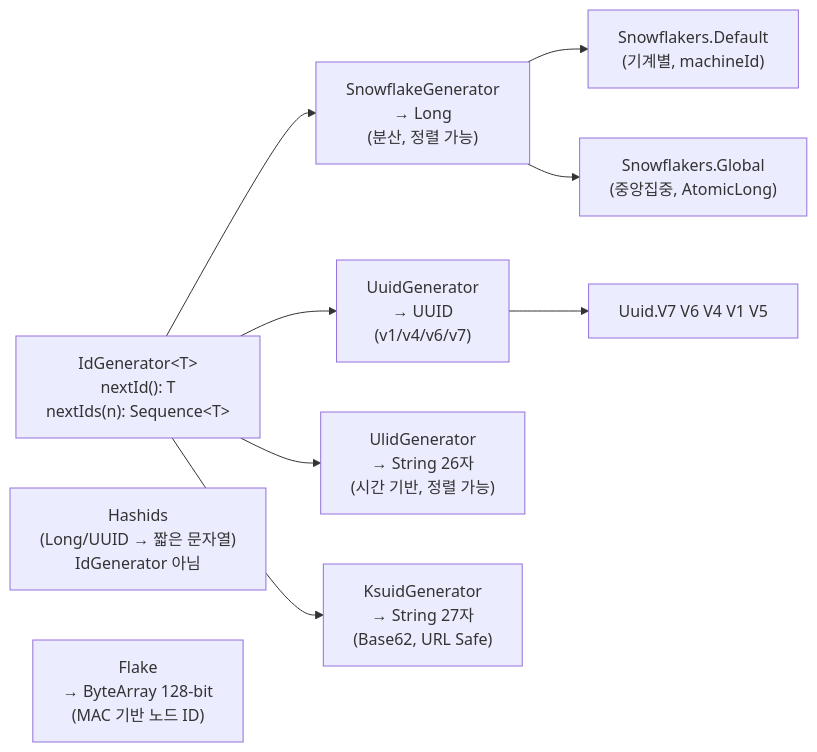
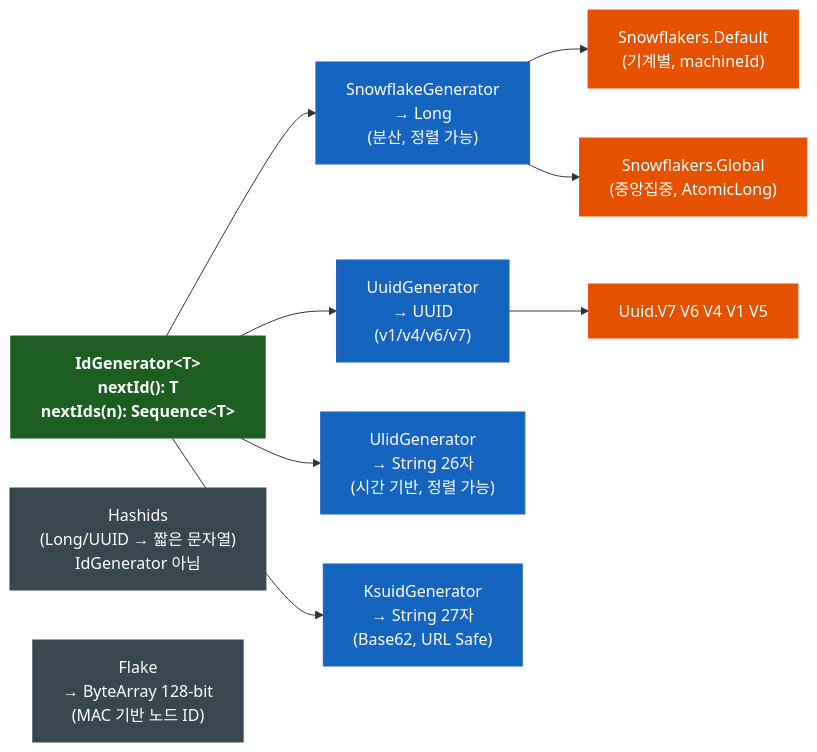
One commit to bluetape4k/bluetape4k-projects changed the first of 5 diagrams in utils/idgenerators/README.ko.md. Above: the diagram before and after it, drawn with Mermaid. The commit also changed other lines of this file and 221 other files, not shown here.

First line of the commit message:
docs: 전체 모듈 README UML 다이어그램 보강 및 색상 업그레이드

````diff
--- a/utils/idgenerators/README.ko.md
+++ b/utils/idgenerators/README.ko.md
@@ -28,17 +28,30 @@
 ```mermaid
 flowchart LR
     IG["IdGenerator&lt;T&gt;\nnextId(): T\nnextIds(n): Sequence&lt;T&gt;"]
 
     IG --> SG["SnowflakeGenerator\n→ Long\n(분산, 정렬 가능)"]
     IG --> UG["UuidGenerator\n→ UUID\n(v1/v4/v6/v7)"]
     IG --> ULG["UlidGenerator\n→ String 26자\n(시간 기반, 정렬 가능)"]
     IG --> KG["KsuidGenerator\n→ String 27자\n(Base62, URL Safe)"]
 
     SG --> SF["Snowflakers.Default\n(기계별, machineId)"]
     SG --> GF["Snowflakers.Global\n(중앙집중, AtomicLong)"]
 
     UG --> UV["Uuid.V7  V6  V4  V1  V5"]
 
     H["Hashids\n(Long/UUID → 짧은 문자열)\nIdGenerator 아님"]
     FL["Flake\n→ ByteArray 128-bit\n(MAC 기반 노드 ID)"]
+
+    classDef coreStyle fill:#1B5E20,stroke:#1B5E20,color:#FFFFFF,font-weight:bold
+    classDef serviceStyle fill:#1565C0,stroke:#1565C0,color:#FFFFFF
+    classDef utilStyle fill:#E65100,stroke:#E65100,color:#FFFFFF
+    classDef asyncStyle fill:#6A1B9A,stroke:#6A1B9A,color:#FFFFFF
+    classDef extStyle fill:#37474F,stroke:#37474F,color:#FFFFFF
+    classDef dataStyle fill:#F57F17,stroke:#F57F17,color:#000000
+    classDef dslStyle fill:#00838F,stroke:#006064,color:#FFFFFF
+
+    class IG coreStyle
+    class SG,UG,ULG,KG serviceStyle
+    class SF,GF,UV utilStyle
+    class H,FL extStyle
 ```
````
